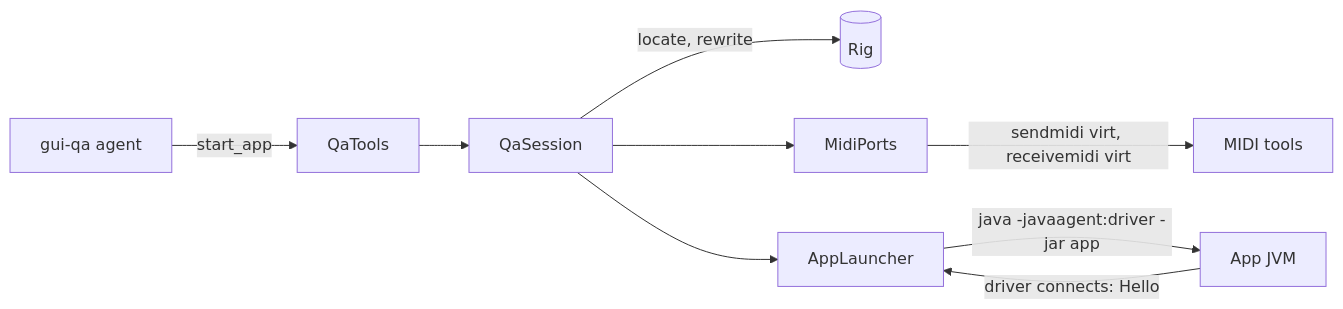
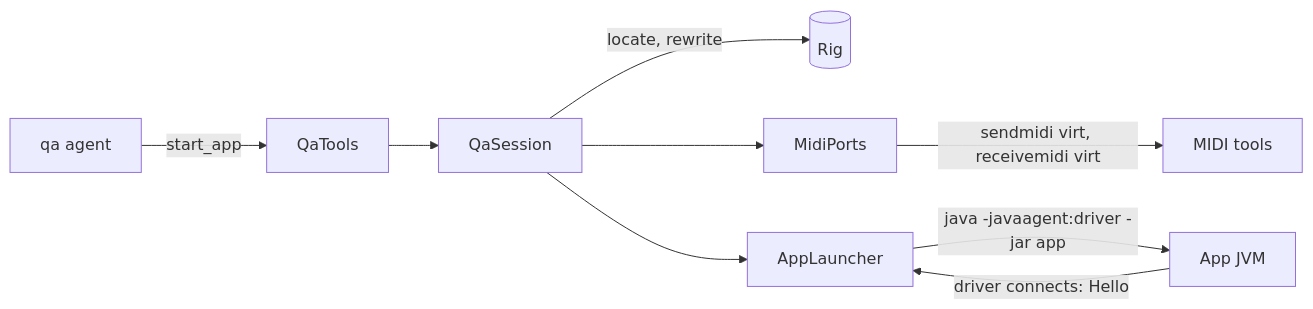
One commit to calinburloiu/microtonalist changed the diagram in testbench/qa-mcp/docs/ARCHITECTURE.md. Above: the diagram before and after it, drawn with Mermaid. The commit also changed other lines of this file and 24 other files, not shown here.

First line of the commit message:
[#397] Rename the gui-qa skill and agent to qa

````diff
--- a/testbench/qa-mcp/docs/ARCHITECTURE.md
+++ b/testbench/qa-mcp/docs/ARCHITECTURE.md
@@ -54,11 +54,11 @@
 ```mermaid
 flowchart LR
-  agent[gui-qa agent] -->|start_app| tools[QaTools]
+  agent[qa agent] -->|start_app| tools[QaTools]
   tools --> session[QaSession]
   session -->|"locate, rewrite"| rig[(Rig)]
   session --> ports[MidiPorts]
   ports -->|"sendmidi virt, receivemidi virt"| tools2[MIDI tools]
   session --> launcher[AppLauncher]
   launcher -->|"java -javaagent:driver -jar app"| app[App JVM]
   app -->|"driver connects: Hello"| launcher
 ```
````
